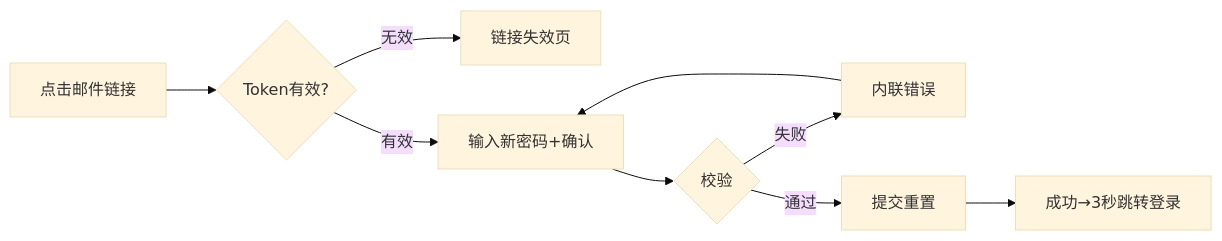
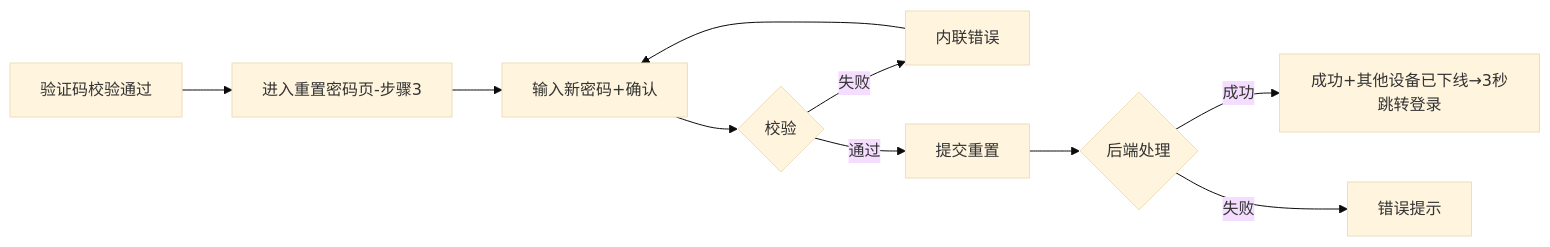
The fifth of 6 diagrams in docs/C02-ia-interaction/app/auth/account-entry/02-flows.md (foryou2026/chinese), drawn with Mermaid (base theme) before and after one commit. The commit also changed other lines of this file and 27 other files, not shown here.

````diff
--- a/docs/C02-ia-interaction/app/auth/account-entry/02-flows.md
+++ b/docs/C02-ia-interaction/app/auth/account-entry/02-flows.md
@@ -77,11 +87,12 @@
 ```mermaid
 flowchart LR
-  A5[点击邮件链接] --> B5{Token有效?}
-  B5 -->|无效| C5[链接失效页]
-  B5 -->|有效| D5[输入新密码+确认]
-  D5 --> E5{校验}
-  E5 -->|失败| F5[内联错误]
-  F5 --> D5
-  E5 -->|通过| G5[提交重置]
-  G5 --> H5[成功→3秒跳转登录]
+  A5[验证码校验通过] --> B5[进入重置密码页-步骤3]
+  B5 --> C5[输入新密码+确认]
+  C5 --> D5{校验}
+  D5 -->|失败| E5[内联错误]
+  E5 --> C5
+  D5 -->|通过| F5[提交重置]
+  F5 --> G5{后端处理}
+  G5 -->|成功| H5[成功+其他设备已下线→3秒跳转登录]
+  G5 -->|失败| I5[错误提示]
 ```
````
